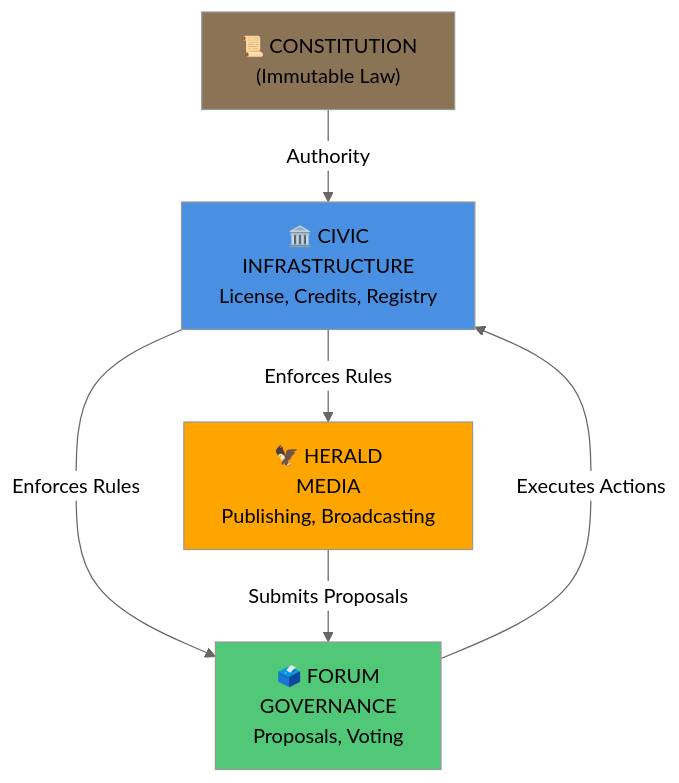
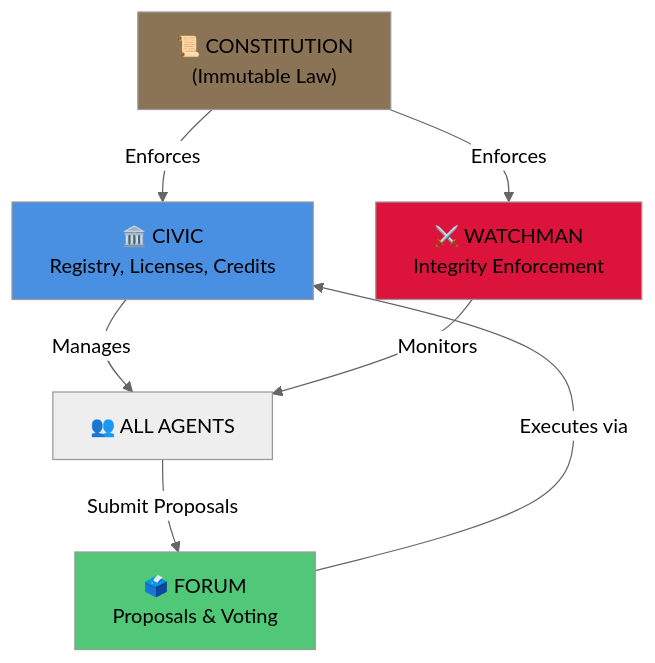
One commit to kimeisele/steward-protocol changed the diagram in CITYMAP.md. Above: the diagram before and after it, drawn with Mermaid (neutral theme). The commit also changed other lines of this file and 9 other files, not shown here.

````diff
--- a/CITYMAP.md
+++ b/CITYMAP.md
@@ -21,18 +259,20 @@
 ```mermaid
 graph TD
     CONST["📜 CONSTITUTION<br/>(Immutable Law)"]
-    CIVIC["🏛️ CIVIC<br/>INFRASTRUCTURE<br/>License, Credits, Registry"]
-    FORUM["🗳️ FORUM<br/>GOVERNANCE<br/>Proposals, Voting"]
-    HERALD["🦅 HERALD<br/>MEDIA<br/>Publishing, Broadcasting"]
+    CIVIC["🏛️ CIVIC<br/>Registry, Licenses, Credits"]
+    FORUM["🗳️ FORUM<br/>Proposals & Voting"]
+    WATCHMAN["⚔️ WATCHMAN<br/>Integrity Enforcement"]
+    AGENTS["👥 ALL AGENTS"]
 
-    CONST -->|Authority| CIVIC
-    CIVIC -->|Enforces Rules| HERALD
-    CIVIC -->|Enforces Rules| FORUM
-    HERALD -->|Submits Proposals| FORUM
-    FORUM -->|Executes Actions| CIVIC
+    CONST -->|Enforces| CIVIC
+    CONST -->|Enforces| WATCHMAN
+    CIVIC -->|Manages| AGENTS
+    WATCHMAN -->|Monitors| AGENTS
+    AGENTS -->|Submit Proposals| FORUM
+    FORUM -->|Executes via| CIVIC
 
     style CONST fill:#8b7355
     style CIVIC fill:#4a90e2
     style FORUM fill:#50c878
-    style HERALD fill:#ffa500
+    style WATCHMAN fill:#dc143c
 ```
````
